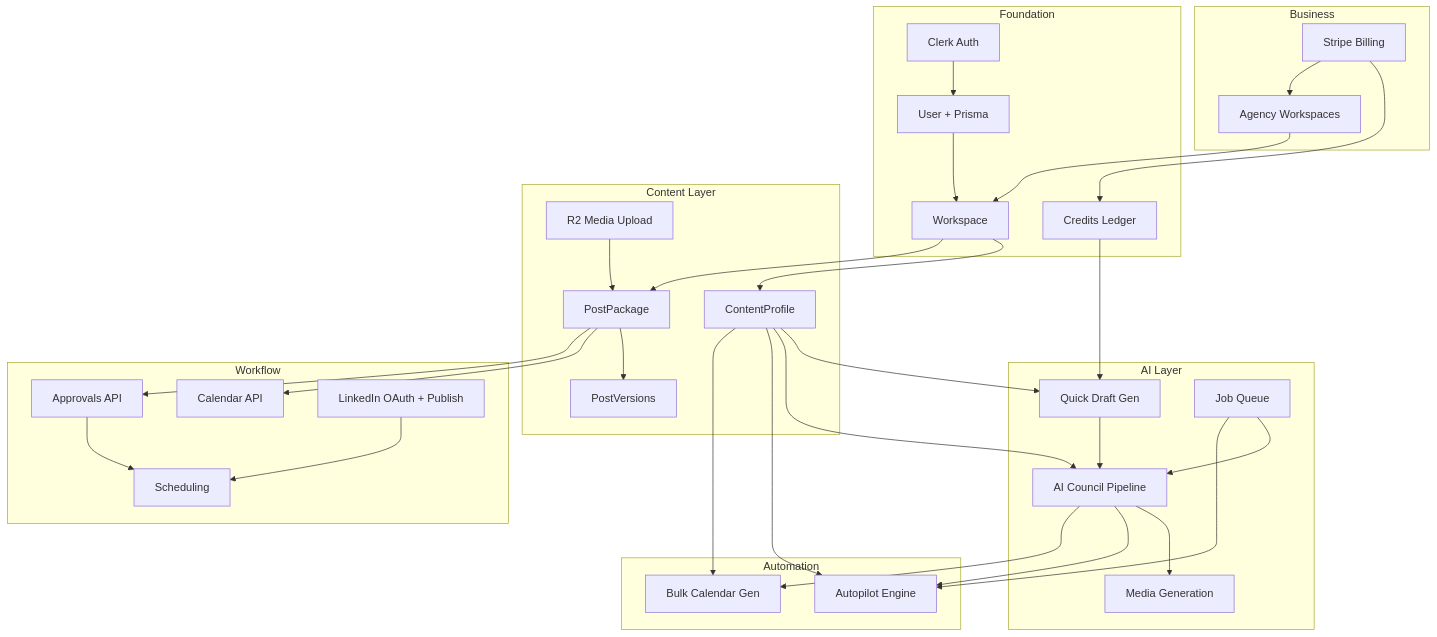
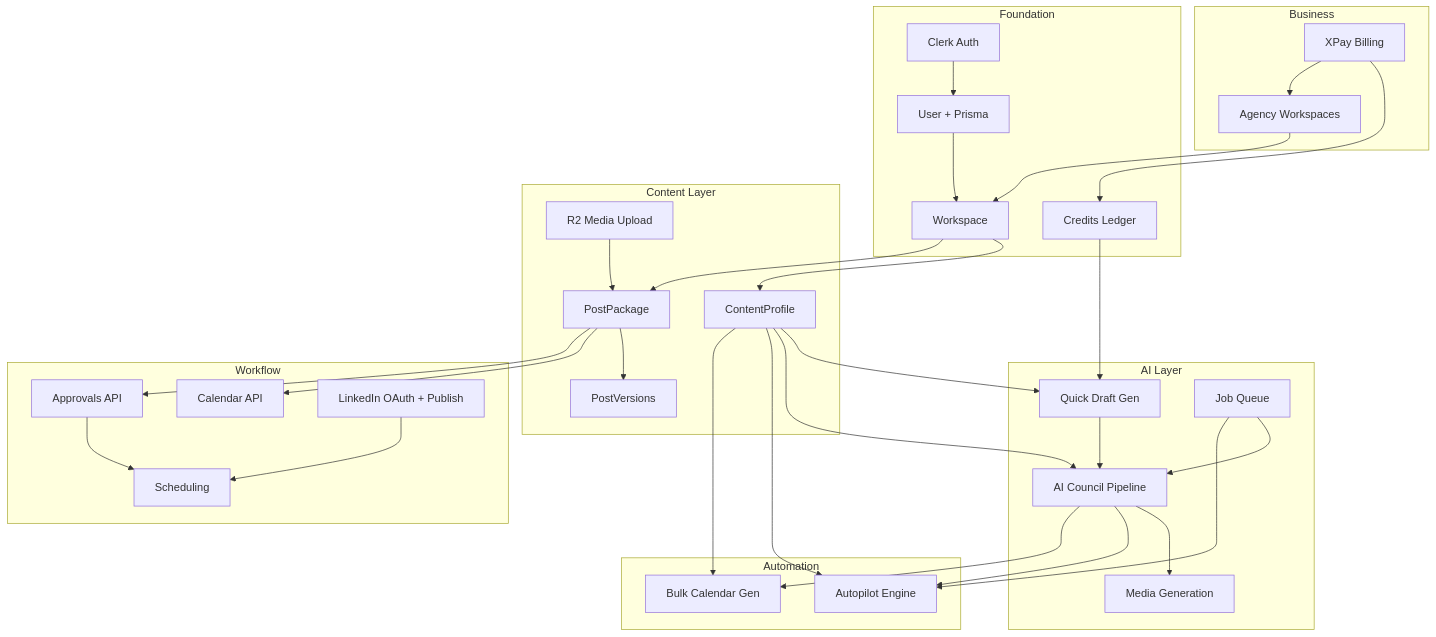
One commit to alizain143/linkedinpost changed the second of 2 diagrams in PRODUCT_OVERVIEW.md. Above: the diagram before and after it, drawn with Mermaid. The commit also changed other lines of this file and 121 other files, not shown here.

````diff
--- a/PRODUCT_OVERVIEW.md
+++ b/PRODUCT_OVERVIEW.md
@@ -361,65 +361,65 @@
 ```mermaid
 flowchart TD
   subgraph foundation [Foundation]
     Auth[Clerk Auth]
     User[User + Prisma]
     WS[Workspace]
     Credits[Credits Ledger]
   end
 
   subgraph content [Content Layer]
     Profile[ContentProfile]
     Post[PostPackage]
     Versions[PostVersions]
     MediaUpload[R2 Media Upload]
   end
 
   subgraph ai [AI Layer]
     QuickGen[Quick Draft Gen]
     Council[AI Council Pipeline]
     MediaGen[Media Generation]
     Jobs[Job Queue]
   end
 
   subgraph workflow [Workflow]
     Calendar[Calendar API]
     Approvals[Approvals API]
     Schedule[Scheduling]
     LinkedIn[LinkedIn OAuth + Publish]
   end
 
   subgraph automation [Automation]
     Autopilot[Autopilot Engine]
     BulkCal[Bulk Calendar Gen]
   end
 
   subgraph business [Business]
-    Stripe[Stripe Billing]
+    XPay[XPay Billing]
     Agency[Agency Workspaces]
   end
 
   Auth --> User
   User --> WS
   WS --> Profile
   WS --> Post
   Credits --> QuickGen
   Profile --> QuickGen
   Post --> Versions
   MediaUpload --> Post
   Jobs --> Council
   QuickGen --> Council
   Profile --> Council
   Council --> MediaGen
   Post --> Calendar
   Post --> Approvals
   Approvals --> Schedule
   LinkedIn --> Schedule
   Profile --> Autopilot
   Council --> Autopilot
   Jobs --> Autopilot
   Council --> BulkCal
   Profile --> BulkCal
-  Stripe --> Credits
-  Stripe --> Agency
+  XPay --> Credits
+  XPay --> Agency
   Agency --> WS
 ```
````
